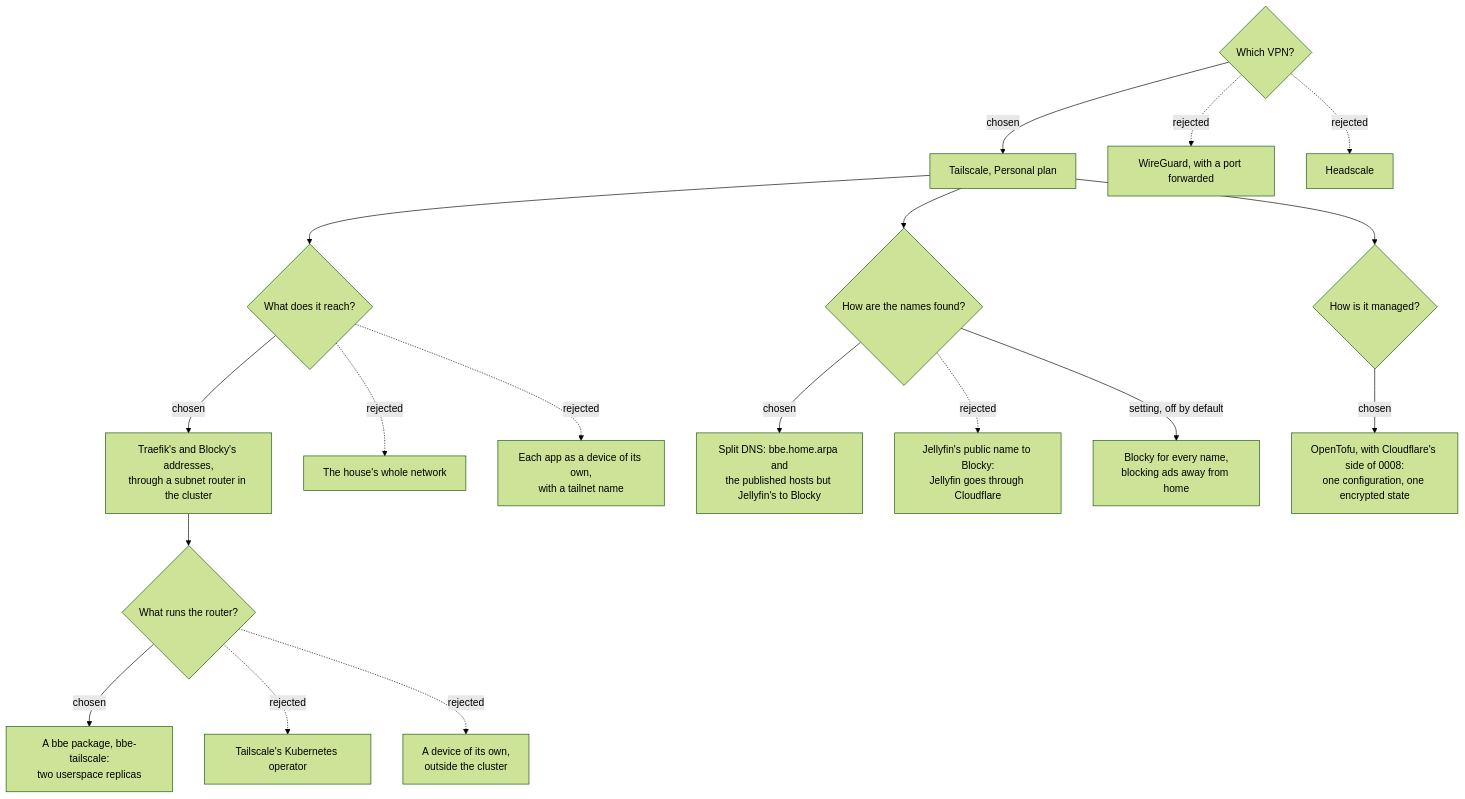
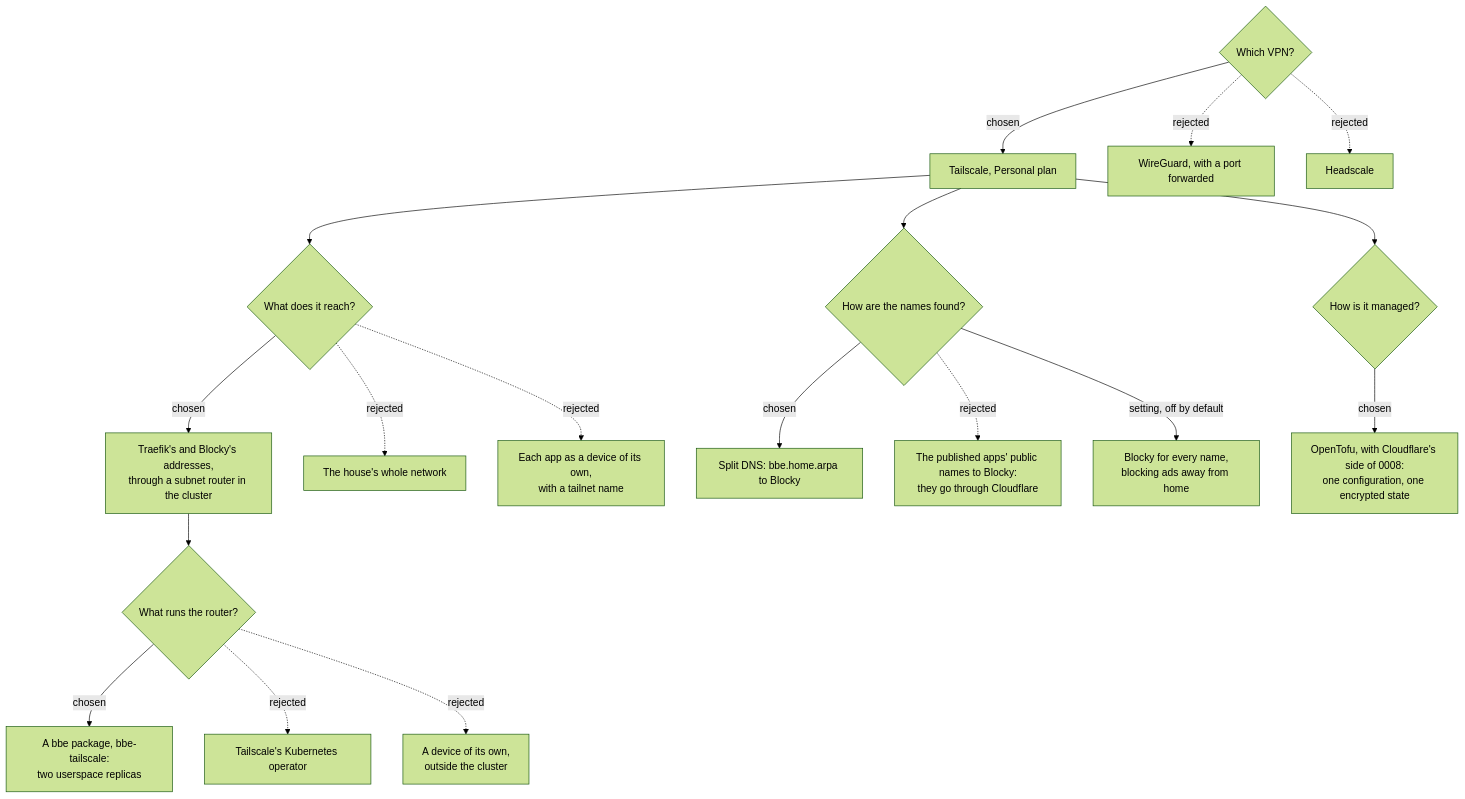
One commit to Brains-Beyond-Expectations/bbe-charts changed the diagram in docs/decisions/0013-remote-access-through-tailscale.md. Above: the diagram before and after it, drawn with Mermaid (forest theme). The commit also changed other lines of this file and 1 other file, not shown here.

````diff
--- a/docs/decisions/0013-remote-access-through-tailscale.md
+++ b/docs/decisions/0013-remote-access-through-tailscale.md
@@ -41,25 +41,25 @@
 ```mermaid
 flowchart TD
     Q1{Which VPN?}
     Q1 -->|chosen| A1[Tailscale, Personal plan]
     Q1 -.->|rejected| B1[WireGuard, with a port forwarded]
     Q1 -.->|rejected| C1[Headscale]
 
     A1 --> Q2{What does it reach?}
     Q2 -->|chosen| A2[Traefik's and Blocky's addresses,<br/>through a subnet router in the cluster]
     Q2 -.->|rejected| B2[The house's whole network]
     Q2 -.->|rejected| C2[Each app as a device of its own,<br/>with a tailnet name]
 
     A2 --> Q3{What runs the router?}
     Q3 -->|chosen| A3[A bbe package, bbe-tailscale:<br/>two userspace replicas]
     Q3 -.->|rejected| B3[Tailscale's Kubernetes operator]
     Q3 -.->|rejected| C3[A device of its own,<br/>outside the cluster]
 
     A1 --> Q4{How are the names found?}
-    Q4 -->|chosen| A4[Split DNS: bbe.home.arpa and<br/>the published hosts but Jellyfin's to Blocky]
-    Q4 -.->|rejected| C4[Jellyfin's public name to Blocky:<br/>Jellyfin goes through Cloudflare]
+    Q4 -->|chosen| A4[Split DNS: bbe.home.arpa to Blocky]
+    Q4 -.->|rejected| C4[The published apps' public names to Blocky:<br/>they go through Cloudflare]
     Q4 -->|setting, off by default| B4[Blocky for every name,<br/>blocking ads away from home]
 
     A1 --> Q5{How is it managed?}
     Q5 -->|chosen| A5[OpenTofu, with Cloudflare's side of 0008:<br/>one configuration, one encrypted state]
 ```
````
